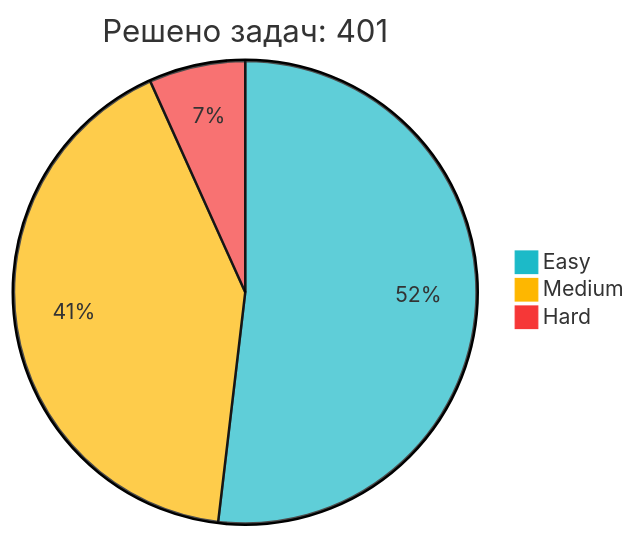
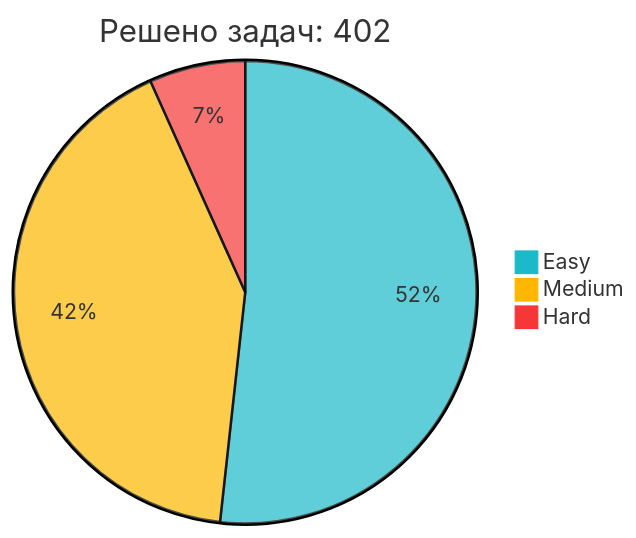
The diagram in README.md (IliaKurdukov/IliaKurdukov), drawn with Mermaid before and after one commit. The commit also changed other lines of this file, not shown here.

Commit message:
📈 Обновление статистики LeetCode

````diff
--- a/README.md
+++ b/README.md
@@ -51,7 +51,7 @@
 ```mermaid
 %%{init: {'theme': 'base', 'themeVariables': { 'pie1': '#1CBAC8', 'pie2': '#FEB700', 'pie3': '#F63737' }, 'config': {'width': 300, 'height': 200}}}%%
-pie title Решено задач: 401
+pie title Решено задач: 402
    "Easy" : 208
-   "Medium" : 166
+   "Medium" : 167
    "Hard" : 27
 ```
````
